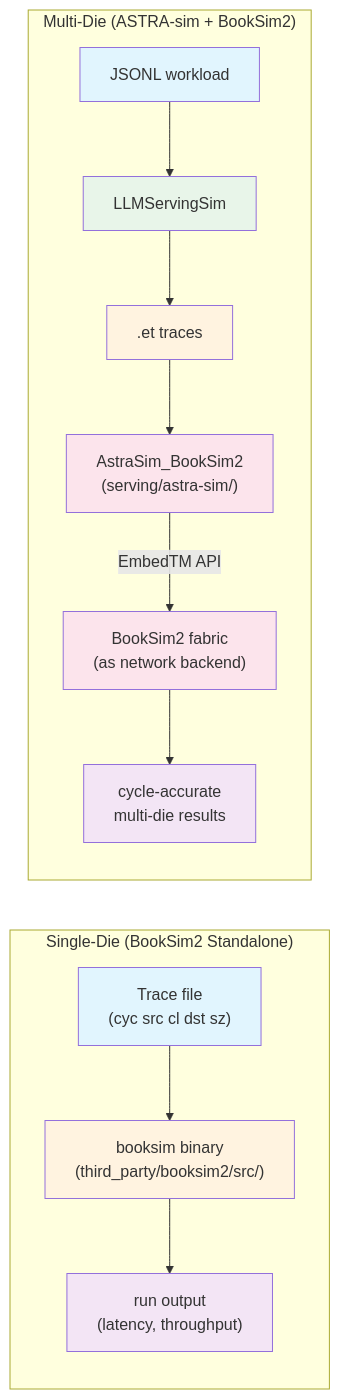
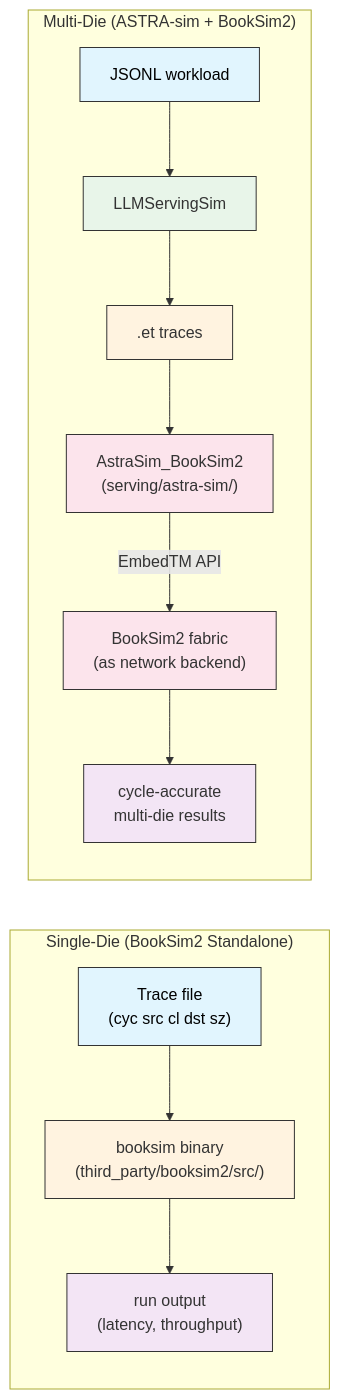
One commit to Anmol-S314/veritx-research changed the second of 5 diagrams in serving/README.md. Above: the diagram before and after it, drawn with Mermaid. The commit also changed other lines of this file and 1 other file, not shown here.

First line of the commit message:
docs: improve Mermaid diagram styling across all 22 diagrams

````diff
--- a/serving/README.md
+++ b/serving/README.md
@@ -97,25 +106,33 @@
 ```mermaid
 graph LR
     subgraph "Single-Die (BookSim2 Standalone)"
         TR1["Trace file<br/>(cyc src cl dst sz)"] --> BS1["booksim binary<br/>(third_party/booksim2/src/)"]
         BS1 --> R1["run output<br/>(latency, throughput)"]
     end
 
     subgraph "Multi-Die (ASTRA-sim + BookSim2)"
         WL2["JSONL workload"] --> LLMS["LLMServingSim"]
         LLMS --> ET2[".et traces"]
         ET2 --> ASTRA["AstraSim_BookSim2<br/>(serving/astra-sim/)"]
         ASTRA -->|"EmbedTM API"| BSF["BookSim2 fabric<br/>(as network backend)"]
         BSF --> R2["cycle-accurate<br/>multi-die results"]
     end
 
-    style TR1 fill:#e1f5fe
-    style BS1 fill:#fff3e0
-    style R1 fill:#f3e5f5
-    style WL2 fill:#e1f5fe
-    style LLMS fill:#e8f5e9
-    style ET2 fill:#fff3e0
-    style ASTRA fill:#fce4ec
-    style BSF fill:#fce4ec
-    style R2 fill:#f3e5f5
+    style TR1 fill:#e1f5fe,stroke:#333
+    style BS1 fill:#fff3e0,stroke:#333
+    style R1 fill:#f3e5f5,stroke:#333
+    style WL2 fill:#e1f5fe,stroke:#333
+    style LLMS fill:#e8f5e9,stroke:#333
+    style ET2 fill:#fff3e0,stroke:#333
+    style ASTRA fill:#fce4ec,stroke:#333
+    style BSF fill:#fce4ec,stroke:#333
+    style R2 fill:#f3e5f5,stroke:#333
+
+
+    classDef input fill:#e1f5fe,stroke:#01579b,color:#000
+    classDef cli fill:#e8f5e9,stroke:#2e7d32,color:#000
+    classDef sim fill:#fff3e0,stroke:#e65100,color:#000
+    classDef api fill:#fce4ec,stroke:#c62828,color:#000
+    classDef output fill:#f3e5f5,stroke:#6a1b9a,color:#000
+    class TR1,WL2 input
 ```
````
